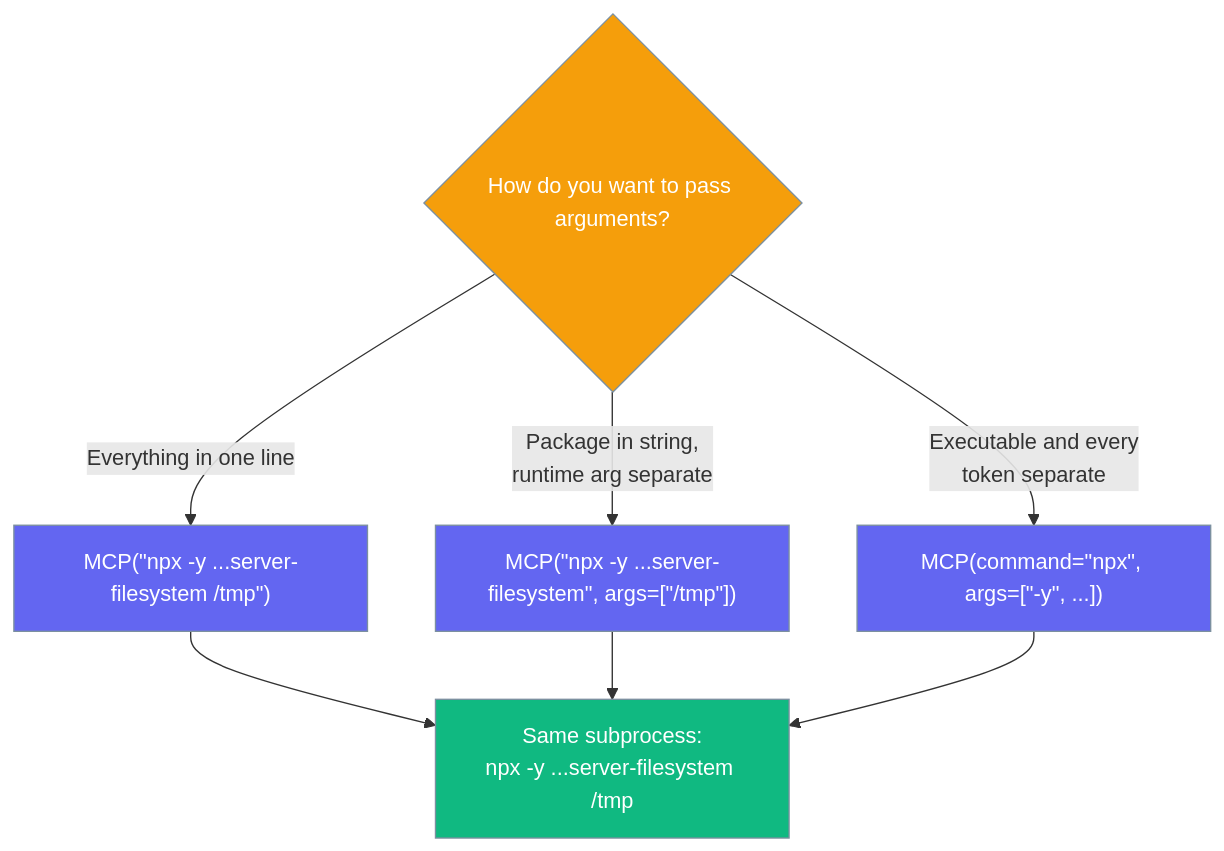
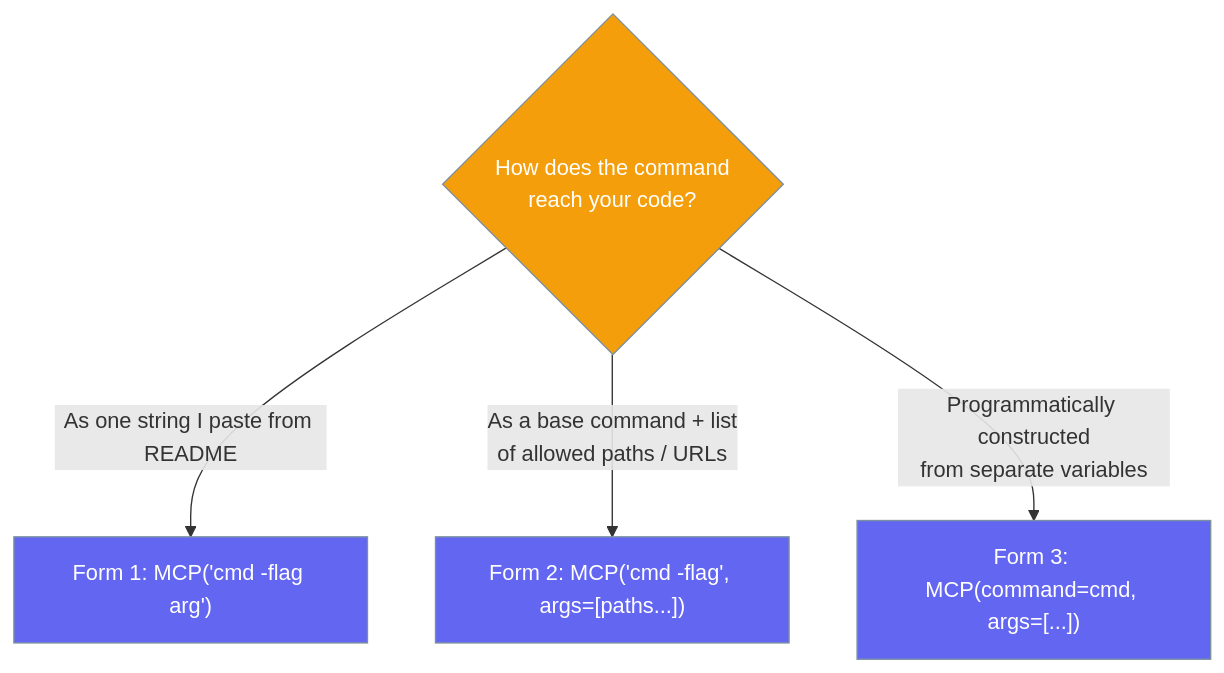
Before and after one commit to MervinPraison/PraisonAIDocs: the fourth of 8 diagrams in docs/features/mcp.mdx, drawn with Mermaid. The commit also changed other lines of this file and 10 other files, not shown here.

Commit message:
docs: document three equivalent MCP() construction forms and args merge rules (fixes #2916)

````diff
--- a/docs/features/mcp.mdx
+++ b/docs/features/mcp.mdx
@@ -183,19 +162,13 @@
 ```mermaid
 graph TB
-    Q{How do you want to pass arguments?}
-    Q -->|Everything in one line| A["MCP(&quot;npx -y ...server-filesystem /tmp&quot;)"]
-    Q -->|Package in string,<br/>runtime arg separate| B["MCP(&quot;npx -y ...server-filesystem&quot;, args=[&quot;/tmp&quot;])"]
-    Q -->|Executable and every<br/>token separate| C["MCP(command=&quot;npx&quot;, args=[&quot;-y&quot;, ...])"]
-
-    A --> Same["Same subprocess:<br/>npx -y ...server-filesystem /tmp"]
-    B --> Same
-    C --> Same
+    Q{How does the command<br/>reach your code?}
+    Q -->|As one string I paste from README| A["Form 1: MCP('cmd -flag arg')"]
+    Q -->|As a base command + list<br/>of allowed paths / URLs| B["Form 2: MCP('cmd -flag', args=[paths...])"]
+    Q -->|Programmatically constructed<br/>from separate variables| C["Form 3: MCP(command=cmd, args=[...])"]
 
     classDef question fill:#F59E0B,stroke:#7C90A0,color:#fff
-    classDef option fill:#6366F1,stroke:#7C90A0,color:#fff
-    classDef result fill:#10B981,stroke:#7C90A0,color:#fff
+    classDef form fill:#6366F1,stroke:#7C90A0,color:#fff
 
     class Q question
-    class A,B,C option
-    class Same result
+    class A,B,C form
 ```
````
